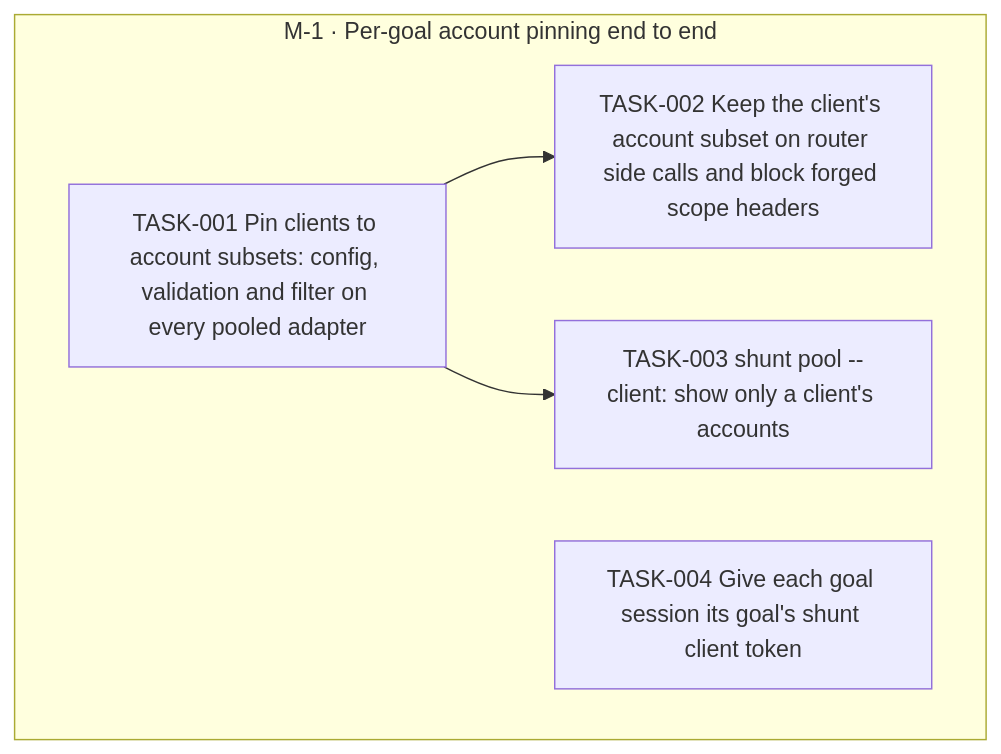
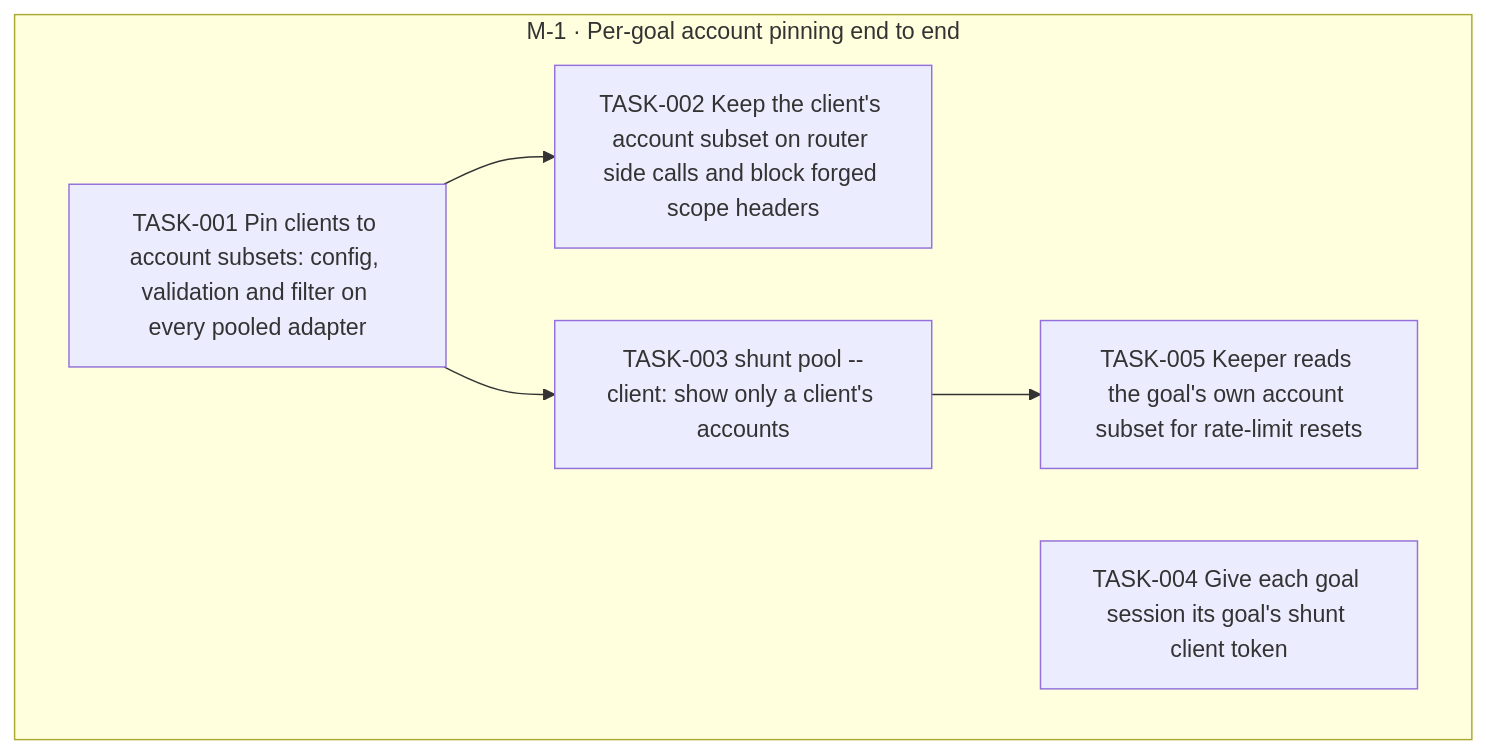
One commit to jesusvillota/shunt changed the diagram in goals/account-pinning/README.md. Above: the diagram before and after it, drawn with Mermaid. The commit also changed 1 other file, not shown here.

Commit message:
goal(account-pinning): add TASK-005 Keeper reads the goal's own account subset for rate-limit resets

````diff
--- a/goals/account-pinning/README.md
+++ b/goals/account-pinning/README.md
@@ -19,14 +19,16 @@
 ```mermaid
 flowchart TD
   subgraph M_1["M-1 · Per-goal account pinning end to end"]
     TASK_001["TASK-001 Pin clients to account subsets: config, validation and filter on every pooled adapter"]
     TASK_002["TASK-002 Keep the client's account subset on router side calls and block forged scope headers"]
     TASK_003["TASK-003 shunt pool --client: show only a client's accounts"]
     TASK_004["TASK-004 Give each goal session its goal's shunt client token"]
+    TASK_005["TASK-005 Keeper reads the goal's own account subset for rate-limit resets"]
   end
   TASK_001 --> TASK_002
   TASK_001 --> TASK_003
+  TASK_003 --> TASK_005
   classDef draft stroke-dasharray: 4 3
   classDef cancelled opacity:0.45
   classDef decision fill:#f3e8ff,stroke:#7c3aed
 ```
````
